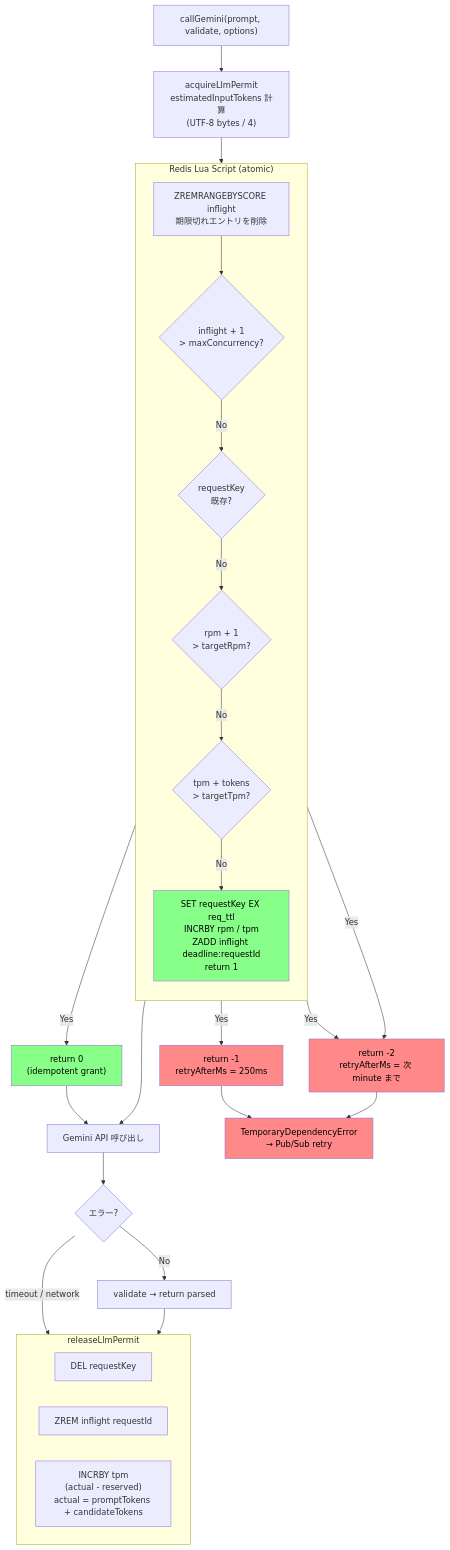
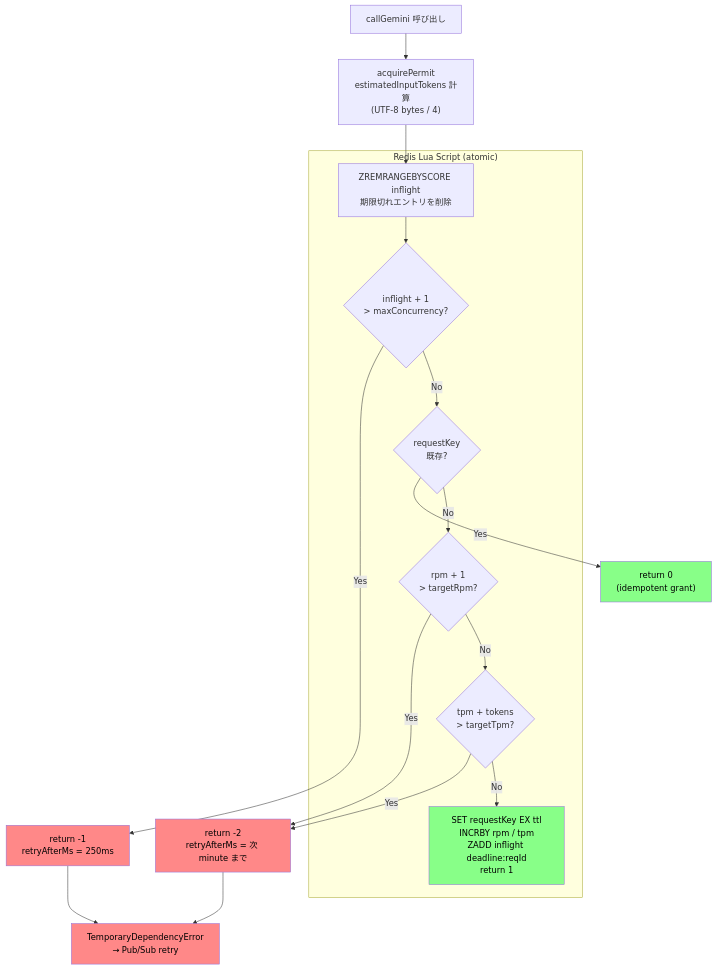
The tenth of 13 diagrams in docs/ingest-organize-flow.md (Keyhole-Koro/ActionOrganize), drawn with Mermaid before and after one commit. The commit also changed other lines of this file and 7 other files, not shown here.

````diff
--- a/docs/ingest-organize-flow.md
+++ b/docs/ingest-organize-flow.md
@@ -245,56 +291,35 @@
 ```mermaid
 flowchart TD
-    CALL["callGemini(prompt, validate, options)"]
-
-    PERMIT["acquireLlmPermit\nestimatedInputTokens 計算\n(UTF-8 bytes / 4)"]
+    CALL["callGemini 呼び出し"]
+    PERMIT["acquirePermit<br>estimatedInputTokens 計算<br>(UTF-8 bytes / 4)"]
 
     subgraph LUA["Redis Lua Script (atomic)"]
-        direction TB
-        CLEANUP["ZREMRANGEBYSCORE inflight\n期限切れエントリを削除"]
-        CHK_INF{"inflight + 1\n> maxConcurrency?"}
-        CHK_IDEM{"requestKey\n既存?"}
-        CHK_RPM{"rpm + 1\n> targetRpm?"}
-        CHK_TPM{"tpm + tokens\n> targetTpm?"}
-        GRANT["SET requestKey EX req_ttl\nINCRBY rpm / tpm\nZADD inflight deadline:requestId\nreturn 1"]
+        CLEANUP["ZREMRANGEBYSCORE inflight<br>期限切れエントリを削除"]
+        CHK_INF{"inflight + 1<br>> maxConcurrency?"}
+        CHK_IDEM{"requestKey<br>既存?"}
+        CHK_RPM{"rpm + 1<br>> targetRpm?"}
+        CHK_TPM{"tpm + tokens<br>> targetTpm?"}
+        GRANT["SET requestKey EX ttl<br>INCRBY rpm / tpm<br>ZADD inflight deadline:reqId<br>return 1"]
     end
 
-    DENY_INF["return -1\nretryAfterMs = 250ms"]
-    DENY_RT["return -2\nretryAfterMs = 次 minute まで"]
-    IDEM["return 0\n(idempotent grant)"]
-
-    FETCH["Gemini API 呼び出し"]
-
-    subgraph RELEASE["releaseLlmPermit"]
-        DEL["DEL requestKey"]
-        ZREM["ZREM inflight requestId"]
-        CORRECT["INCRBY tpm\n(actual - reserved)\nactual = promptTokens + candidateTokens"]
-    end
-
-    ERROR{"エラー?"}
-    RESULT["validate → return parsed"]
+    DENY_INF["return -1<br>retryAfterMs = 250ms"]
+    DENY_RT["return -2<br>retryAfterMs = 次 minute まで"]
+    IDEM["return 0<br>(idempotent grant)"]
+    THROW["TemporaryDependencyError<br>→ Pub/Sub retry"]
 
     CALL --> PERMIT --> CLEANUP --> CHK_INF
-    CHK_INF -->|Yes| DENY_INF
+    CHK_INF -->|Yes| DENY_INF --> THROW
     CHK_INF -->|No| CHK_IDEM
     CHK_IDEM -->|Yes| IDEM
     CHK_IDEM -->|No| CHK_RPM
-    CHK_RPM -->|Yes| DENY_RT
+    CHK_RPM -->|Yes| DENY_RT --> THROW
     CHK_RPM -->|No| CHK_TPM
     CHK_TPM -->|Yes| DENY_RT
     CHK_TPM -->|No| GRANT
-
-    GRANT --> FETCH
-    IDEM --> FETCH
-
-    FETCH --> ERROR
-    ERROR -->|timeout / network| RELEASE
-    ERROR -->|No| RESULT --> RELEASE
-
-    DENY_INF & DENY_RT --> THROW["TemporaryDependencyError\n→ Pub/Sub retry"]
 
     style DENY_INF fill:#f88,color:#000
     style DENY_RT fill:#f88,color:#000
     style THROW fill:#f88,color:#000
     style GRANT fill:#8f8,color:#000
     style IDEM fill:#8f8,color:#000
 ```
````
